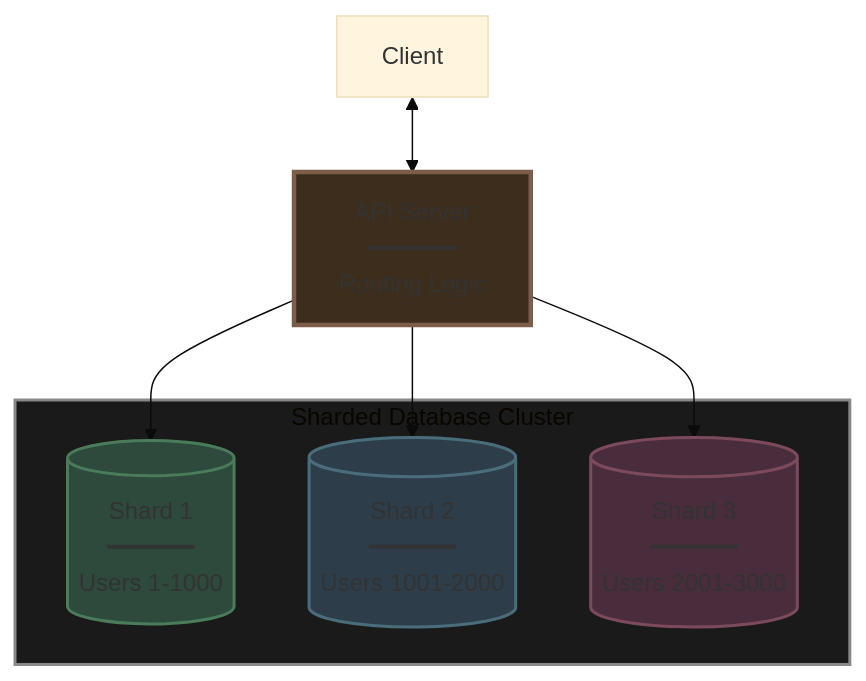
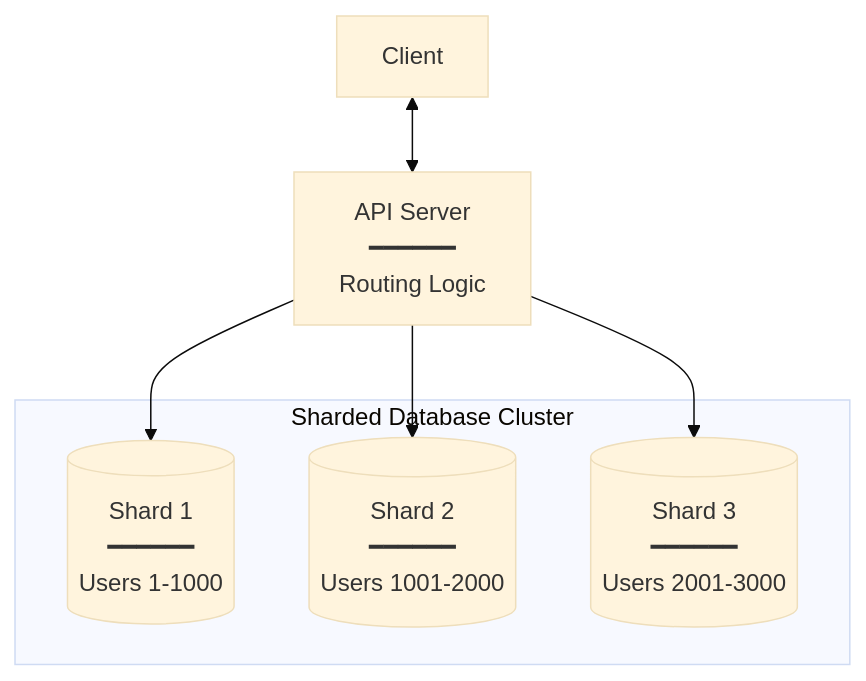
One commit to Yash-Kavaiya/The-System-Design-Masterclass changed diagram 12 of 19 in system design beginner/7. Scaling Databases.md. Above: the diagram before and after it, drawn with Mermaid (base theme). The commit also changed other lines of this file, not shown here.

````diff
--- a/system design beginner/7. Scaling Databases.md
+++ b/system design beginner/7. Scaling Databases.md
@@ -365,23 +335,18 @@
 ```mermaid
 graph TB
     CLIENT[Client]
     API[API Server<br/>━━━━━━<br/>Routing Logic]
     
     subgraph Shards["Sharded Database Cluster"]
         SHARD1[(Shard 1<br/>━━━━━━<br/>Users 1-1000)]
         SHARD2[(Shard 2<br/>━━━━━━<br/>Users 1001-2000)]
         SHARD3[(Shard 3<br/>━━━━━━<br/>Users 2001-3000)]
     end
     
     CLIENT <--> API
     
     API --> SHARD1
     API --> SHARD2
     API --> SHARD3
     
-    style API fill:#3d2d1c,stroke:#7c5d4a,stroke-width:3px
-    style SHARD1 fill:#2d4a3c,stroke:#4a7c5c,stroke-width:2px
-    style SHARD2 fill:#2d3d4a,stroke:#4a6d7c,stroke-width:2px
-    style SHARD3 fill:#4a2d3c,stroke:#7c4a5c,stroke-width:2px
-    style Shards fill:#1a1a1a,stroke:#888,stroke-width:2px
 ```
````
